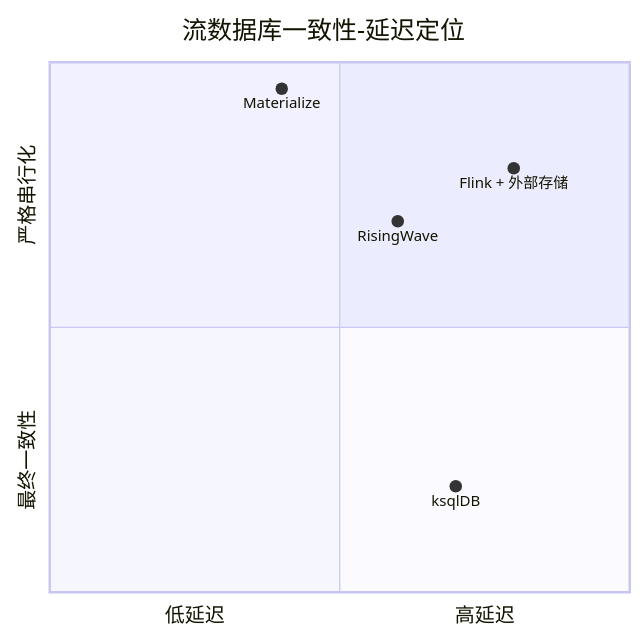
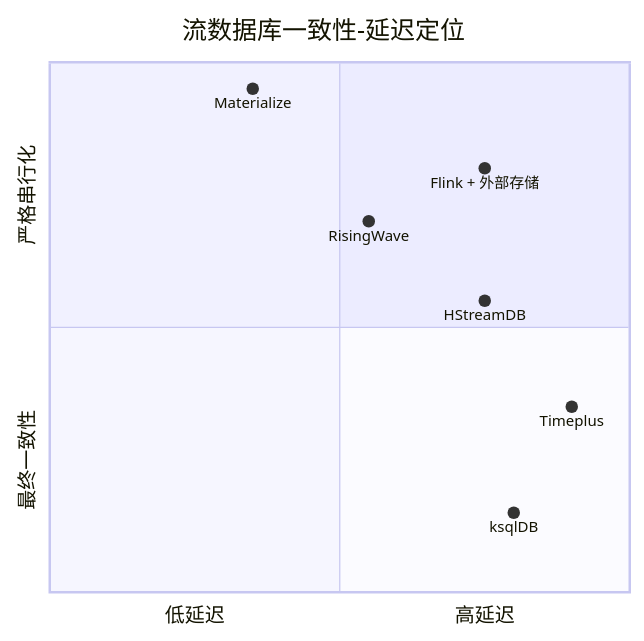
The second of 14 diagrams in Knowledge/04-technology-selection/streaming-database-guide.md (AdaMartin18010/AnalysisDataFlow), drawn with Mermaid before and after one commit. The commit also changed other lines of this file and 20 other files, not shown here.

````diff
--- a/Knowledge/04-technology-selection/streaming-database-guide.md
+++ b/Knowledge/04-technology-selection/streaming-database-guide.md
@@ -432,11 +568,13 @@
 ```mermaid
 quadrantChart
     title 流数据库一致性-延迟定位
     x-axis 低延迟 --> 高延迟
     y-axis 最终一致性 --> 严格串行化
 
-    "ksqlDB": [0.7, 0.2]
-    "RisingWave": [0.6, 0.7]
-    "Flink + 外部存储": [0.8, 0.8]
-    "Materialize": [0.4, 0.95]
+    "ksqlDB": [0.8, 0.15]
+    "Timeplus": [0.9, 0.35]
+    "HStreamDB": [0.75, 0.55]
+    "RisingWave": [0.55, 0.7]
+    "Flink + 外部存储": [0.75, 0.8]
+    "Materialize": [0.35, 0.95]
 ```
````
